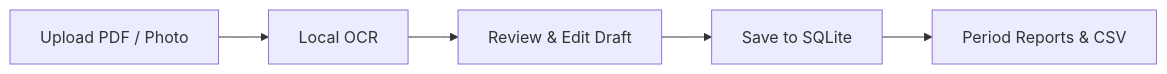
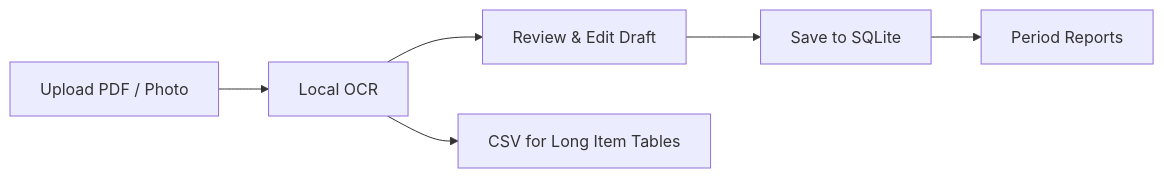
Before and after one commit to AmaLS367/InvoiceFlowBot: the diagram in README.md, drawn with Mermaid. The commit also changed other lines of this file and 37 other files, not shown here.

````diff
--- a/README.md
+++ b/README.md
@@ -44,7 +44,8 @@
 ```mermaid
 graph LR
     A[Upload PDF / Photo] --> B[Local OCR]
     B --> C[Review & Edit Draft]
     C --> D[Save to SQLite]
-    D --> E[Period Reports & CSV]
+    B --> F[CSV for Long Item Tables]
+    D --> E[Period Reports]
 ```
````
